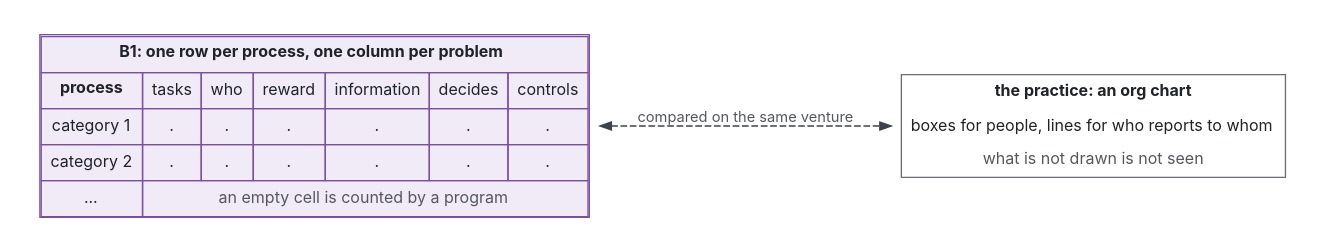
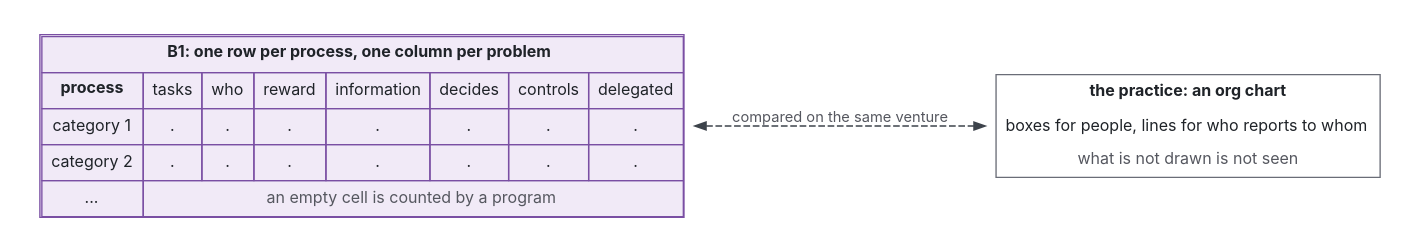
One commit to Tewf/business-organization-design changed the diagram in evidence/organisation-design/baseline.md. Above: the diagram before and after it, drawn with Graphviz. The commit also changed other lines of this file and 13 other files, not shown here.

````diff
--- a/evidence/organisation-design/baseline.md
+++ b/evidence/organisation-design/baseline.md
@@ -14,21 +14,21 @@
 ```dot
 // B1 against the practice. Colours: purple for this repository's baseline, grey for the practice it is compared with.
 digraph b1 {
   graph [rankdir=LR, nodesep=0.5, ranksep=0.7, bgcolor="white", pad=0.2, fontname="Inter"];
   node  [shape=plaintext, fontname="Inter", fontsize=12, fontcolor="#1F2328"];
   edge  [fontname="Inter", fontsize=11, color="#3D434B", fontcolor="#55575F", penwidth=1.3, arrowsize=0.8];
   B1 [label=<<table border="1" cellborder="1" cellspacing="0" cellpadding="6" color="#7A4FA3" bgcolor="#F1EAF7">
-    <tr><td colspan="7"><b>B1: one row per process, one column per problem</b></td></tr>
-    <tr><td><b>process</b></td><td>tasks</td><td>who</td><td>reward</td><td>information</td><td>decides</td><td>controls</td></tr>
-    <tr><td>category 1</td><td>.</td><td>.</td><td>.</td><td>.</td><td>.</td><td>.</td></tr>
-    <tr><td>category 2</td><td>.</td><td>.</td><td>.</td><td>.</td><td>.</td><td>.</td></tr>
-    <tr><td>...</td><td colspan="6"><font color="#55575F">an empty cell is counted by a program</font></td></tr>
+    <tr><td colspan="8"><b>B1: one row per process, one column per problem</b></td></tr>
+    <tr><td><b>process</b></td><td>tasks</td><td>who</td><td>reward</td><td>information</td><td>decides</td><td>controls</td><td>delegated</td></tr>
+    <tr><td>category 1</td><td>.</td><td>.</td><td>.</td><td>.</td><td>.</td><td>.</td><td>.</td></tr>
+    <tr><td>category 2</td><td>.</td><td>.</td><td>.</td><td>.</td><td>.</td><td>.</td><td>.</td></tr>
+    <tr><td>...</td><td colspan="7"><font color="#55575F">an empty cell is counted by a program</font></td></tr>
   </table>>];
   OC [label=<<table border="1" cellborder="0" cellspacing="0" cellpadding="6" color="#6A6D77" bgcolor="#FFFFFF">
     <tr><td><b>the practice: an org chart</b></td></tr>
     <tr><td>boxes for people, lines for who reports to whom</td></tr>
     <tr><td><font color="#55575F">what is not drawn is not seen</font></td></tr>
   </table>>];
   B1 -> OC [label=" compared on the same venture", dir=both, style=dashed];
 }
 ```
````
